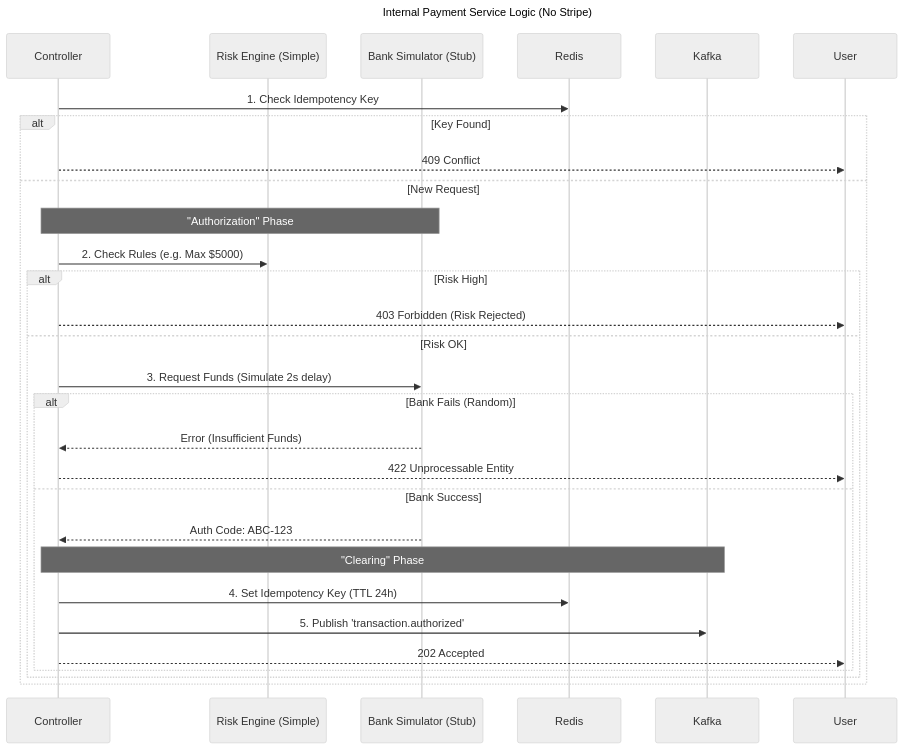
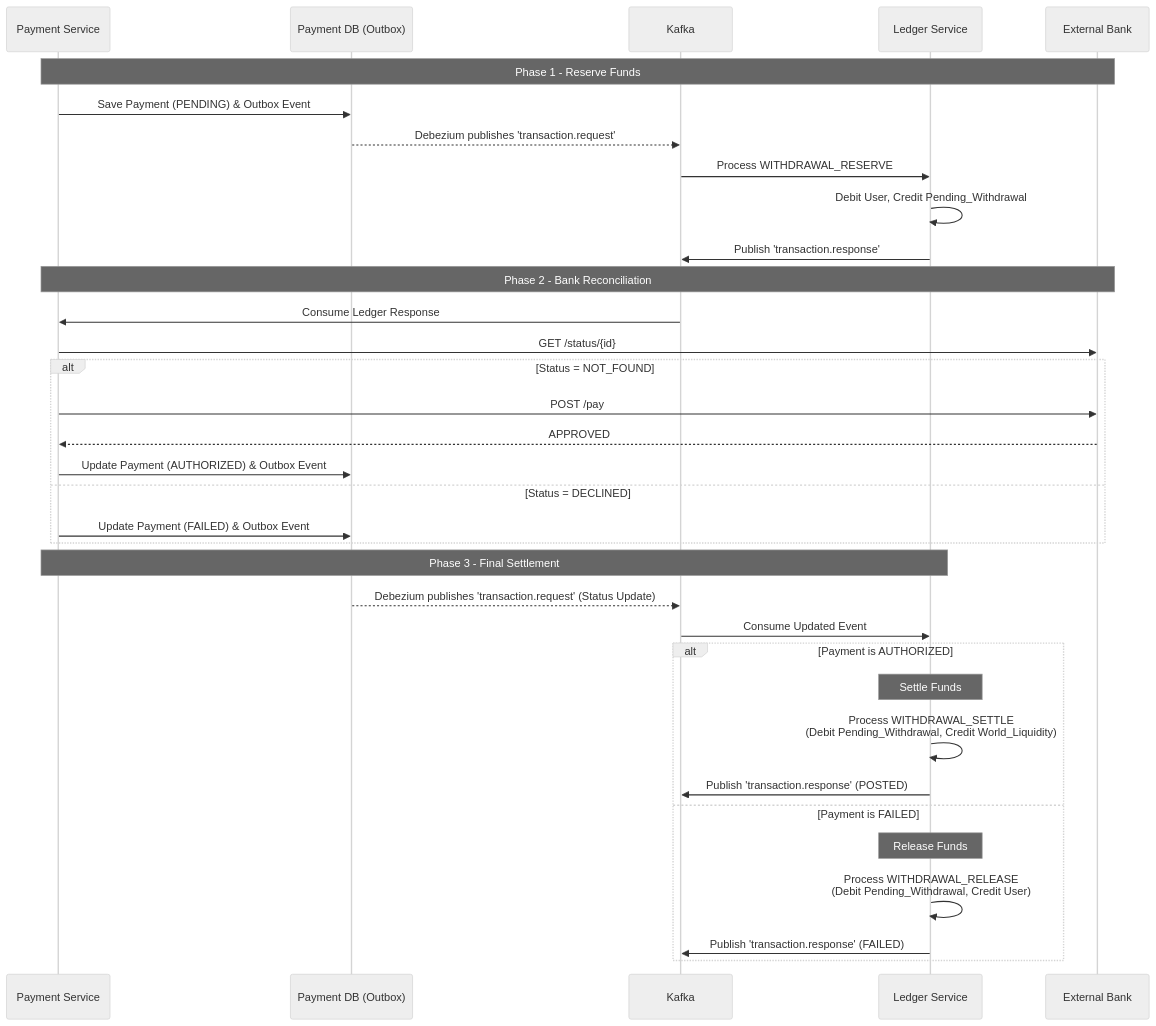
The second of 2 diagrams in README.md (rixon15/Distributed-Payment-Ledger-System), drawn with Mermaid (neutral theme) before and after one commit. The commit also changed other lines of this file, not shown here.

````diff
--- a/README.md
+++ b/README.md
@@ -187,36 +116,39 @@
-```mermaid 
-    sequenceDiagram
-    title Internal Payment Service Logic (No Stripe)
-    participant API as Controller
-    participant Risk as Risk Engine (Simple)
-    participant Bank as Bank Simulator (Stub)
-    participant Redis
+```mermaid
+sequenceDiagram
+    participant Pay as Payment Service
+    participant DB_P as Payment DB (Outbox)
     participant Kafka
+    participant Ledger as Ledger Service
+    participant Bank as External Bank
+    Note over Pay, Bank: Phase 1 - Reserve Funds
+    Pay ->> DB_P: Save Payment (PENDING) & Outbox Event
+    DB_P -->> Kafka: Debezium publishes 'transaction.request'
+    Kafka ->> Ledger: Process WITHDRAWAL_RESERVE
+    Ledger ->> Ledger: Debit User, Credit Pending_Withdrawal
+    Ledger ->> Kafka: Publish 'transaction.response'
+    Note over Pay, Bank: Phase 2 - Bank Reconciliation
+    Kafka ->> Pay: Consume Ledger Response
+    Pay ->> Bank: GET /status/{id}
 
-    API->>Redis: 1. Check Idempotency Key
-    alt Key Found
-        API-->>User: 409 Conflict
-    else New Request
-        
-        Note over API, Bank: "Authorization" Phase
-        API->>Risk: 2. Check Rules (e.g. Max $5000)
-        
-        alt Risk High
-            API-->>User: 403 Forbidden (Risk Rejected)
-        else Risk OK
-            API->>Bank: 3. Request Funds (Simulate 2s delay)
-            
-            alt Bank Fails (Random)
-                Bank-->>API: Error (Insufficient Funds)
-                API-->>User: 422 Unprocessable Entity
-            else Bank Success
-                Bank-->>API: Auth Code: ABC-123
-                
-                Note over API, Kafka: "Clearing" Phase
-                API->>Redis: 4. Set Idempotency Key (TTL 24h)
-                API->>Kafka: 5. Publish 'transaction.authorized'
-                API-->>User: 202 Accepted
-            end
-        end
+    alt Status = NOT_FOUND
+        Pay ->> Bank: POST /pay
+        Bank -->> Pay: APPROVED
+        Pay ->> DB_P: Update Payment (AUTHORIZED) & Outbox Event
+    else Status = DECLINED
+        Pay ->> DB_P: Update Payment (FAILED) & Outbox Event
+    end
+
+    Note over Pay, Ledger: Phase 3 - Final Settlement
+    DB_P -->> Kafka: Debezium publishes 'transaction.request' (Status Update)
+    Kafka ->> Ledger: Consume Updated Event
+
+    alt Payment is AUTHORIZED
+        Note over Ledger: Settle Funds
+        Ledger ->> Ledger: Process WITHDRAWAL_SETTLE<br/>(Debit Pending_Withdrawal, Credit World_Liquidity)
+        Ledger ->> Kafka: Publish 'transaction.response' (POSTED)
+    else Payment is FAILED
+        Note over Ledger: Release Funds
+        Ledger ->> Ledger: Process WITHDRAWAL_RELEASE<br/>(Debit Pending_Withdrawal, Credit User)
+        Ledger ->> Kafka: Publish 'transaction.response' (FAILED)
     end
 ```
````
